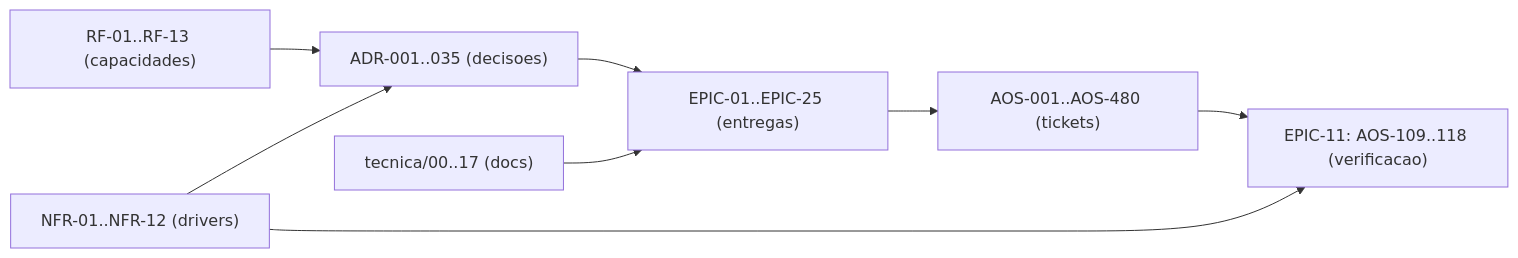
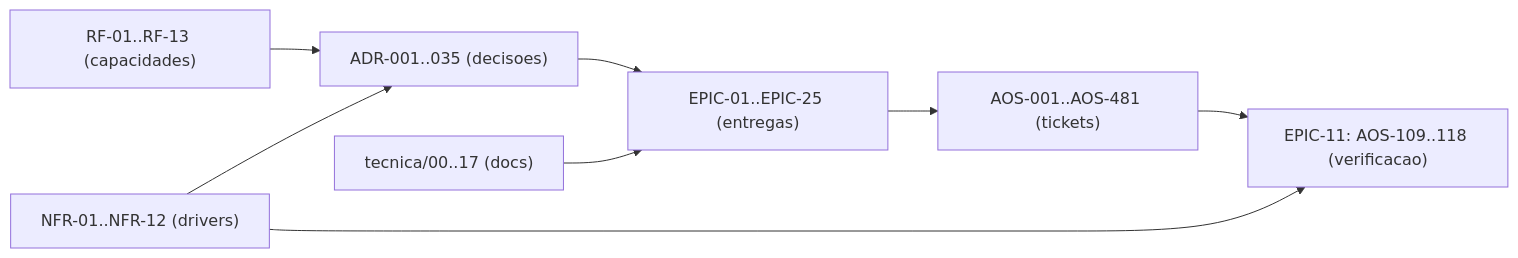
The diagram in tecnica/16_Rastreabilidade_RTM.md (albinoJimy/aos), drawn with Mermaid before and after one commit. The commit also changed other lines of this file and 1 other file, not shown here.

First line of the commit message:
docs(AOS-481): abre o ticket do desfecho de tool call que colide com o selo do passo

````diff
--- a/tecnica/16_Rastreabilidade_RTM.md
+++ b/tecnica/16_Rastreabilidade_RTM.md
@@ -202,10 +202,10 @@
 ```mermaid
 flowchart LR
     RF["RF-01..RF-13 (capacidades)"] --> ADR["ADR-001..035 (decisoes)"]
     NFR["NFR-01..NFR-12 (drivers)"] --> ADR
     ADR --> EPIC["EPIC-01..EPIC-25 (entregas)"]
-    EPIC --> TICK["AOS-001..AOS-480 (tickets)"]
+    EPIC --> TICK["AOS-001..AOS-481 (tickets)"]
     DOC["tecnica/00..17 (docs)"] --> EPIC
     TICK --> TEST["EPIC-11: AOS-109..118 (verificacao)"]
     NFR --> TEST
 ```
````
